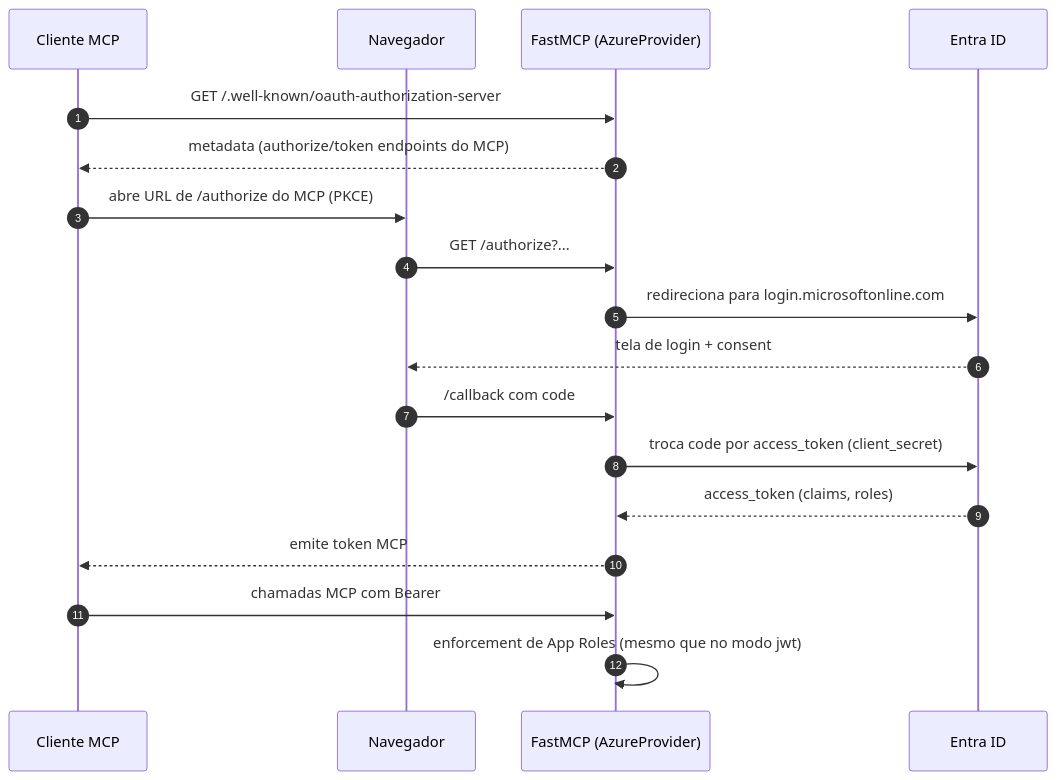
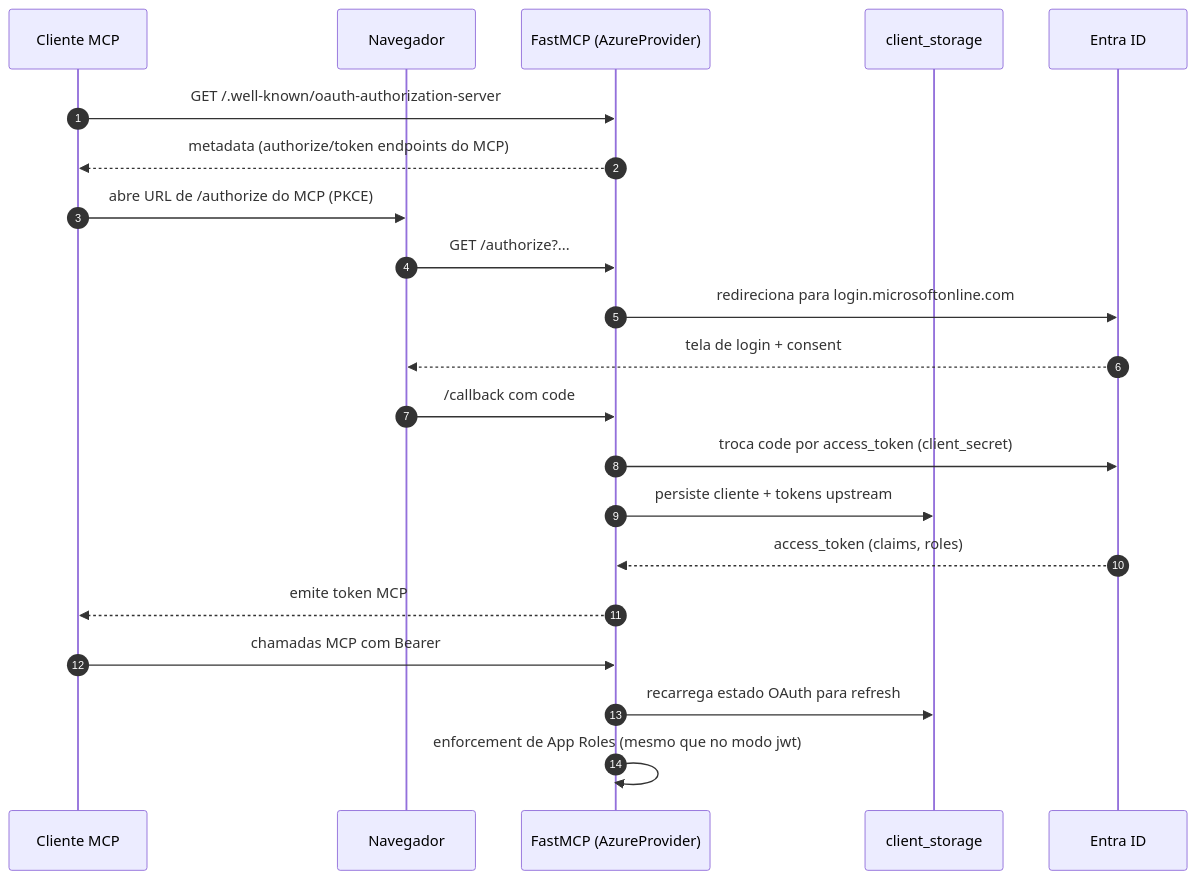
The third of 3 diagrams in README.md (thiagorufino1/fastmcp-auth-entraid), drawn with Mermaid before and after one commit. The commit also changed other lines of this file and 20 other files, not shown here.

First line of the commit message:
feat: Enhance OAuth support with persistent storage and JWT signing key configuration

````diff
--- a/README.md
+++ b/README.md
@@ -173,21 +175,24 @@
 ```mermaid
 sequenceDiagram
     autonumber
     participant Client as Cliente MCP
     participant Browser as Navegador
     participant MCP as FastMCP (AzureProvider)
+    participant Store as client_storage
     participant Entra as Entra ID
 
     Client->>MCP: GET /.well-known/oauth-authorization-server
     MCP-->>Client: metadata (authorize/token endpoints do MCP)
     Client->>Browser: abre URL de /authorize do MCP (PKCE)
     Browser->>MCP: GET /authorize?...
     MCP->>Entra: redireciona para login.microsoftonline.com
     Entra-->>Browser: tela de login + consent
     Browser->>MCP: /callback com code
     MCP->>Entra: troca code por access_token (client_secret)
+    MCP->>Store: persiste cliente + tokens upstream
     Entra-->>MCP: access_token (claims, roles)
     MCP-->>Client: emite token MCP
     Client->>MCP: chamadas MCP com Bearer
+    MCP->>Store: recarrega estado OAuth para refresh
     MCP->>MCP: enforcement de App Roles (mesmo que no modo jwt)
 ```
````
